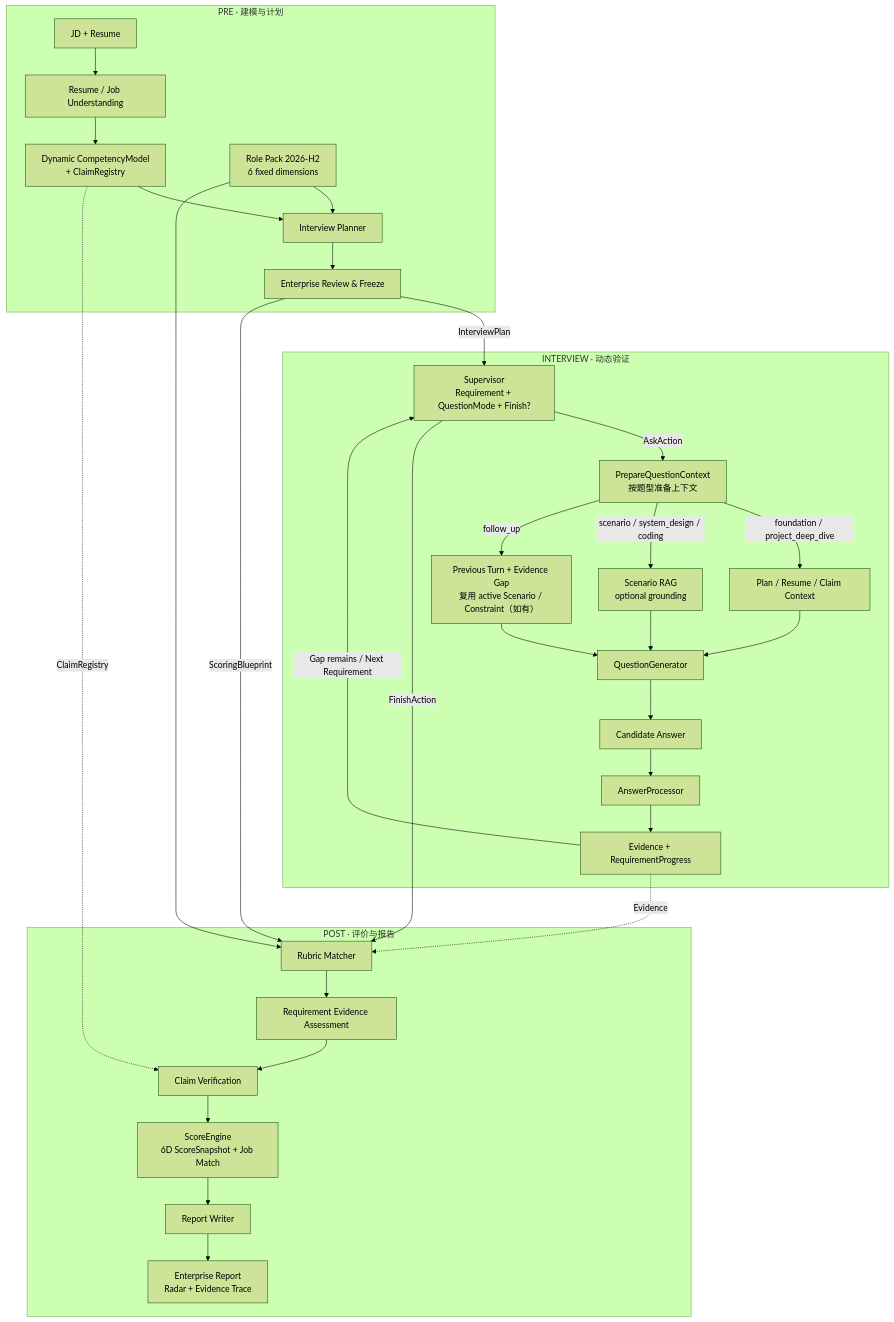
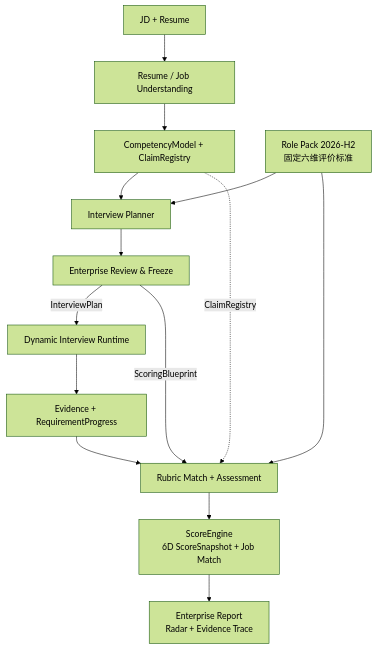
One commit to hr-huang/AI_Interview changed the first of 2 diagrams in README.md. Above: the diagram before and after it, drawn with Mermaid (forest theme). The commit also changed other lines of this file, not shown here.

Commit message:
docs: split architecture into readable diagrams

````diff
--- a/README.md
+++ b/README.md
@@ -119,38 +121,20 @@
 ```mermaid
 flowchart TB
-    subgraph PRE["PRE · 建模与计划"]
-        A["JD + Resume"] --> B["Resume / Job Understanding"]
-        B --> C["Dynamic CompetencyModel<br/>+ ClaimRegistry"]
-        R["Role Pack 2026-H2<br/>6 fixed dimensions"] --> D["Interview Planner"]
-        C --> D
-        D --> E["Enterprise Review & Freeze"]
-    end
+    A["JD + Resume"] --> B["Resume / Job Understanding"]
+    B --> C["CompetencyModel + ClaimRegistry"]
 
-    subgraph RUN["INTERVIEW · 动态验证"]
-        E -->|InterviewPlan| S["Supervisor<br/>Requirement + QuestionMode + Finish?"]
-        S -->|AskAction| X["PrepareQuestionContext<br/>按题型准备上下文"]
-        X -->|foundation / project_deep_dive| P["Plan / Resume / Claim Context"]
-        X -->|scenario / system_design / coding| G["Scenario RAG<br/>optional grounding"]
-        X -->|follow_up| U["Previous Turn + Evidence Gap<br/>复用 active Scenario / Constraint（如有）"]
-        P --> Q["QuestionGenerator"]
-        G --> Q
-        U --> Q
-        Q --> I["Candidate Answer"]
-        I --> J["AnswerProcessor"]
-        J --> K["Evidence + RequirementProgress"]
-        K -->|Gap remains / Next Requirement| S
-    end
+    R["Role Pack 2026-H2<br/>固定六维评价标准"] --> D["Interview Planner"]
+    C --> D
+    D --> E["Enterprise Review & Freeze"]
 
-    subgraph POST["POST · 评价与报告"]
-        S -->|FinishAction| M["Rubric Matcher"]
-        E -->|ScoringBlueprint| M
-        R --> M
-        K -. Evidence .-> M
-        M --> N["Requirement Evidence Assessment"]
-        N --> V["Claim Verification"]
-        C -. ClaimRegistry .-> V
-        V --> O["ScoreEngine<br/>6D ScoreSnapshot + Job Match"]
-        O --> W["Report Writer"]
-        W --> Z["Enterprise Report<br/>Radar + Evidence Trace"]
-    end
+    E -->|InterviewPlan| F["Dynamic Interview Runtime"]
+    F --> G["Evidence + RequirementProgress"]
+
+    E -->|ScoringBlueprint| H["Rubric Match + Assessment"]
+    R --> H
+    G --> H
+    C -. ClaimRegistry .-> H
+
+    H --> I["ScoreEngine<br/>6D ScoreSnapshot + Job Match"]
+    I --> J["Enterprise Report<br/>Radar + Evidence Trace"]
 ```
````
